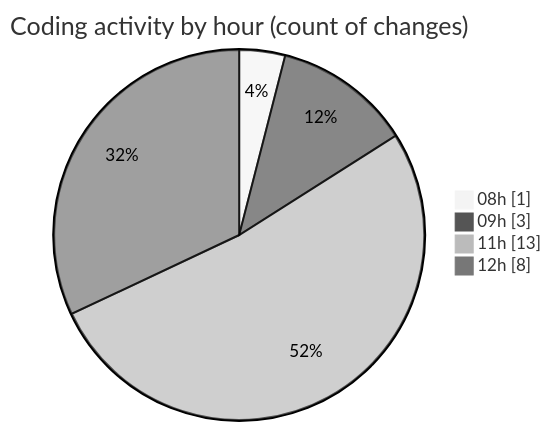
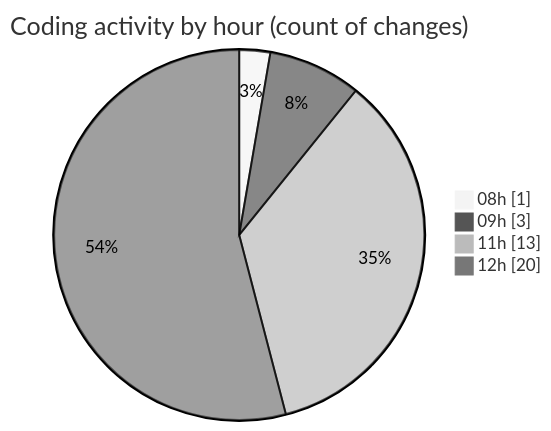
The second of 2 diagrams in 2025-11-04/cda/README.md (momahboobian/code-tracking), drawn with Mermaid (neutral theme) before and after one commit. The commit also changed other lines of this file and 1 other file, not shown here.

````diff
--- a/2025-11-04/cda/README.md
+++ b/2025-11-04/cda/README.md
@@ -34,8 +37,8 @@
 ```mermaid
 pie showData
 title Coding activity by hour (count of changes)
 "08h" : 1
 "09h" : 3
 "11h" : 13
-"12h" : 8
+"12h" : 20
 ```
````
